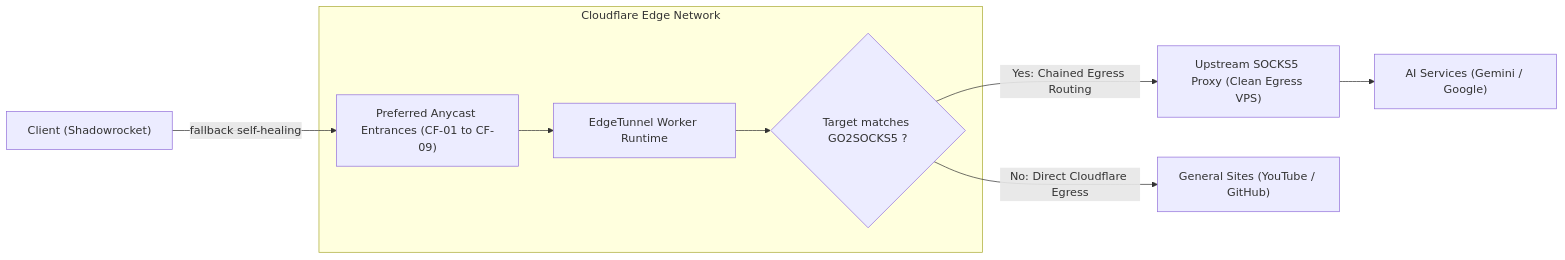
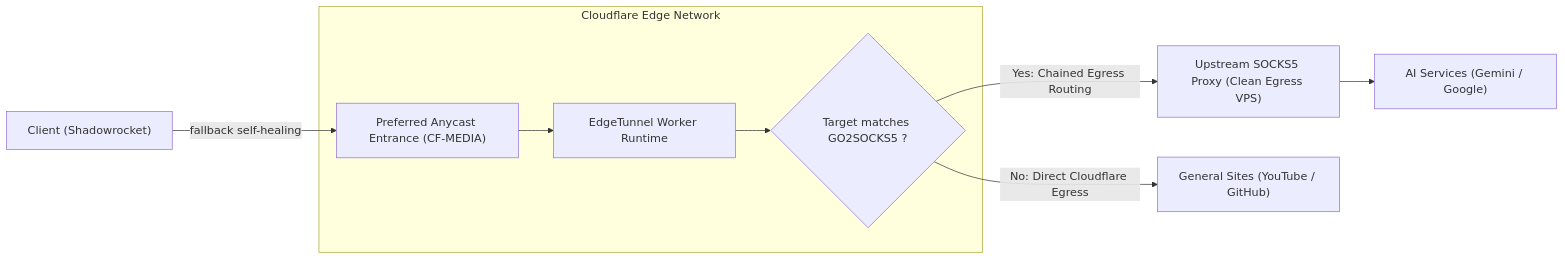
The diagram in README_en.md (RealRayTan/cf-preferred-ips), drawn with Mermaid before and after one commit. The commit also changed other lines of this file and 7 other files, not shown here.

Commit message:
feat(architecture): streamline to dual-star CF-MEDIA and CF-AI architecture

````diff
--- a/README_en.md
+++ b/README_en.md
@@ -7,17 +7,17 @@
 ```mermaid
 flowchart LR
     client["Client (Shadowrocket)"]
     subgraph cf["Cloudflare Edge Network"]
-        entry["Preferred Anycast Entrances (CF-01 to CF-09)"]
+        entry["Preferred Anycast Entrance (CF-MEDIA)"]
         worker["EdgeTunnel Worker Runtime"]
         router{"Target matches GO2SOCKS5 ?"}
         entry --> worker --> router
     end
     socks["Upstream SOCKS5 Proxy (Clean Egress VPS)"]
     dest_gen["General Sites (YouTube / GitHub)"]
     dest_ai["AI Services (Gemini / Google)"]
 
     client -->|fallback self-healing| entry
     router -->|No: Direct Cloudflare Egress| dest_gen
     router -->|Yes: Chained Egress Routing| socks --> dest_ai
 ```
````
